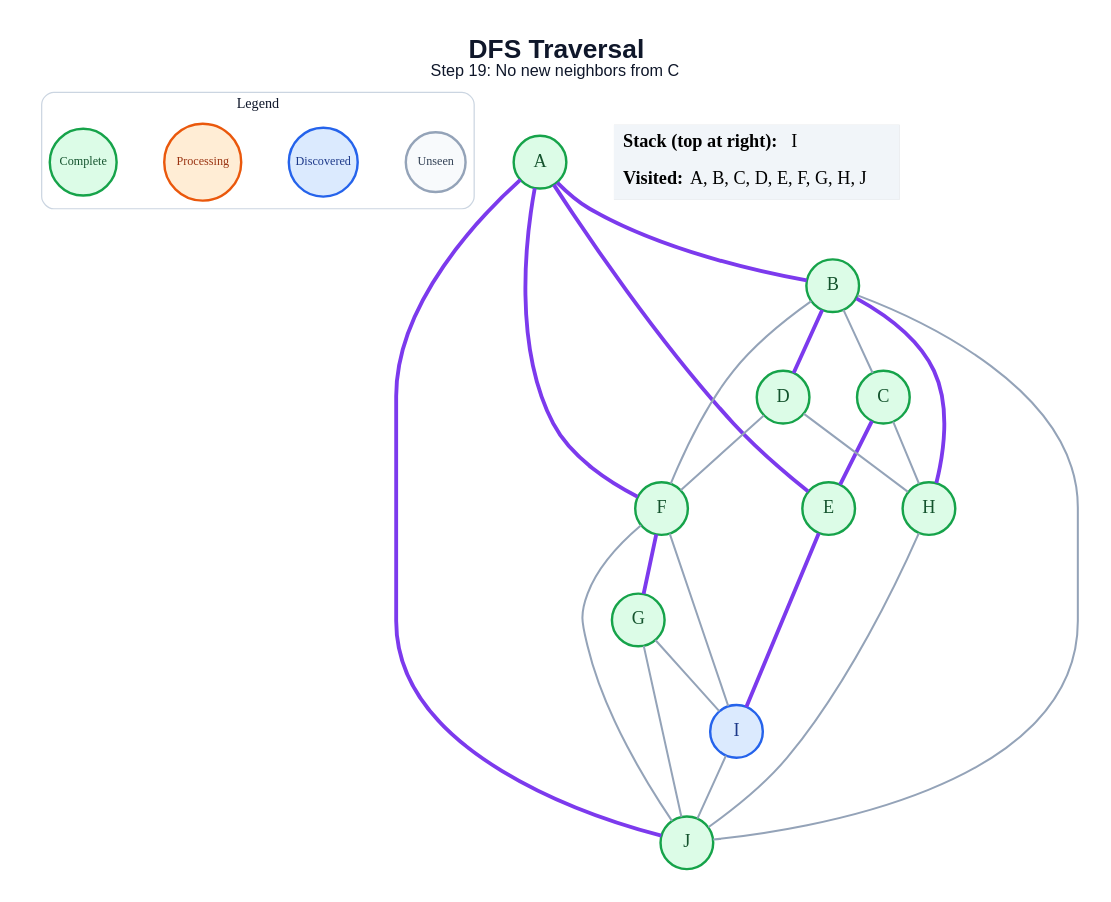
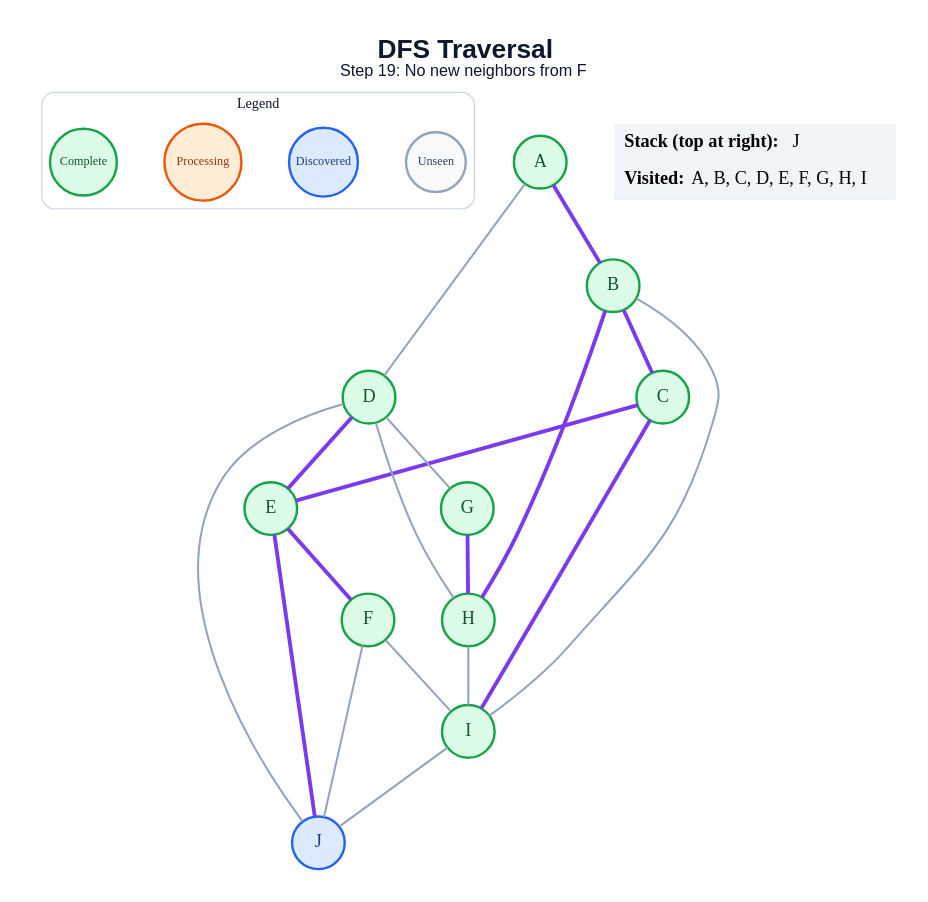
One commit to amanghodawala9/ai-slop changed the diagram in generated/specific-node/dfs/step_19.dot. Above: the diagram before and after it, drawn with Graphviz. The commit also changed 178 other files, not shown here.

```diff
--- a/generated/specific-node/dfs/step_19.dot
+++ b/generated/specific-node/dfs/step_19.dot
@@ -1,50 +1,47 @@
 graph traversal {
   graph [layout=dot, rankdir=TB, bgcolor="#FFFFFF", pad="0.35", nodesep="0.65", ranksep="0.8", fontname="Arial"];
   node [shape=circle, style="filled", fontname="Arial Bold", fontsize=18, width=0.72, fixedsize=true, penwidth=2.4];
   edge [color="#94A3B8", penwidth=2.0];
-  label=<<B>DFS Traversal</B><BR/><FONT POINT-SIZE="16">Step 19: No new neighbors from C</FONT>>; labelloc="t"; fontsize=26; fontname="Arial"; fontcolor="#0F172A";
+  label=<<B>DFS Traversal</B><BR/><FONT POINT-SIZE="16">Step 19: No new neighbors from F</FONT>>; labelloc="t"; fontsize=26; fontname="Arial"; fontcolor="#0F172A";
   subgraph cluster_legend { label="Legend"; color="#CBD5E1"; penwidth=1.2; style="rounded"; fontsize=14; fontname="Arial Bold";
     key_unseen [label="Unseen", fillcolor="#F8FAFC", color="#94A3B8", fontcolor="#334155", fontsize=12, width=0.82];
     key_frontier [label="Discovered", fillcolor="#DBEAFE", color="#2563EB", fontcolor="#1E3A8A", fontsize=12, width=0.95];
     key_current [label="Processing", fillcolor="#FFEDD5", color="#EA580C", fontcolor="#9A3412", fontsize=12, width=1.05];
     key_done [label="Complete", fillcolor="#DCFCE7", color="#16A34A", fontcolor="#14532D", fontsize=12, width=0.92];
     { rank=same; key_unseen; key_frontier; key_current; key_done; }
   }
   A [fillcolor="#DCFCE7", color="#16A34A", fontcolor="#14532D"];
   B [fillcolor="#DCFCE7", color="#16A34A", fontcolor="#14532D"];
   C [fillcolor="#DCFCE7", color="#16A34A", fontcolor="#14532D"];
   D [fillcolor="#DCFCE7", color="#16A34A", fontcolor="#14532D"];
   E [fillcolor="#DCFCE7", color="#16A34A", fontcolor="#14532D"];
   F [fillcolor="#DCFCE7", color="#16A34A", fontcolor="#14532D"];
   G [fillcolor="#DCFCE7", color="#16A34A", fontcolor="#14532D"];
   H [fillcolor="#DCFCE7", color="#16A34A", fontcolor="#14532D"];
-  I [fillcolor="#DBEAFE", color="#2563EB", fontcolor="#1E3A8A"];
-  J [fillcolor="#DCFCE7", color="#16A34A", fontcolor="#14532D"];
+  I [fillcolor="#DCFCE7", color="#16A34A", fontcolor="#14532D"];
+  J [fillcolor="#DBEAFE", color="#2563EB", fontcolor="#1E3A8A"];
   A -- B [color="#7C3AED", penwidth=3.8];
-  A -- E [color="#7C3AED", penwidth=3.8];
-  A -- F [color="#7C3AED", penwidth=3.8];
-  A -- J [color="#7C3AED", penwidth=3.8];
-  B -- C;
-  B -- D [color="#7C3AED", penwidth=3.8];
-  B -- F;
+  A -- D;
+  B -- C [color="#7C3AED", penwidth=3.8];
   B -- H [color="#7C3AED", penwidth=3.8];
-  B -- J;
+  B -- I;
   C -- E [color="#7C3AED", penwidth=3.8];
-  C -- H;
-  D -- F;
+  C -- I [color="#7C3AED", penwidth=3.8];
+  D -- E [color="#7C3AED", penwidth=3.8];
+  D -- G;
   D -- H;
-  E -- I [color="#7C3AED", penwidth=3.8];
-  F -- G [color="#7C3AED", penwidth=3.8];
+  D -- J;
+  E -- F [color="#7C3AED", penwidth=3.8];
+  E -- J [color="#7C3AED", penwidth=3.8];
   F -- I;
   F -- J;
-  G -- I;
-  G -- J;
-  H -- J;
+  G -- H [color="#7C3AED", penwidth=3.8];
+  H -- I;
   I -- J;
   status [shape=plain, fixedsize=false, width=0, height=0, margin=0, label=<
     <TABLE BORDER="0" CELLBORDER="0" CELLPADDING="7" BGCOLOR="#F1F5F9">
-      <TR><TD ALIGN="LEFT"><B>Stack (top at right):</B> I</TD></TR>
-      <TR><TD ALIGN="LEFT"><B>Visited:</B> A, B, C, D, E, F, G, H, J</TD></TR>
+      <TR><TD ALIGN="LEFT"><B>Stack (top at right):</B> J</TD></TR>
+      <TR><TD ALIGN="LEFT"><B>Visited:</B> A, B, C, D, E, F, G, H, I</TD></TR>
     </TABLE>
   >];
 }
```
